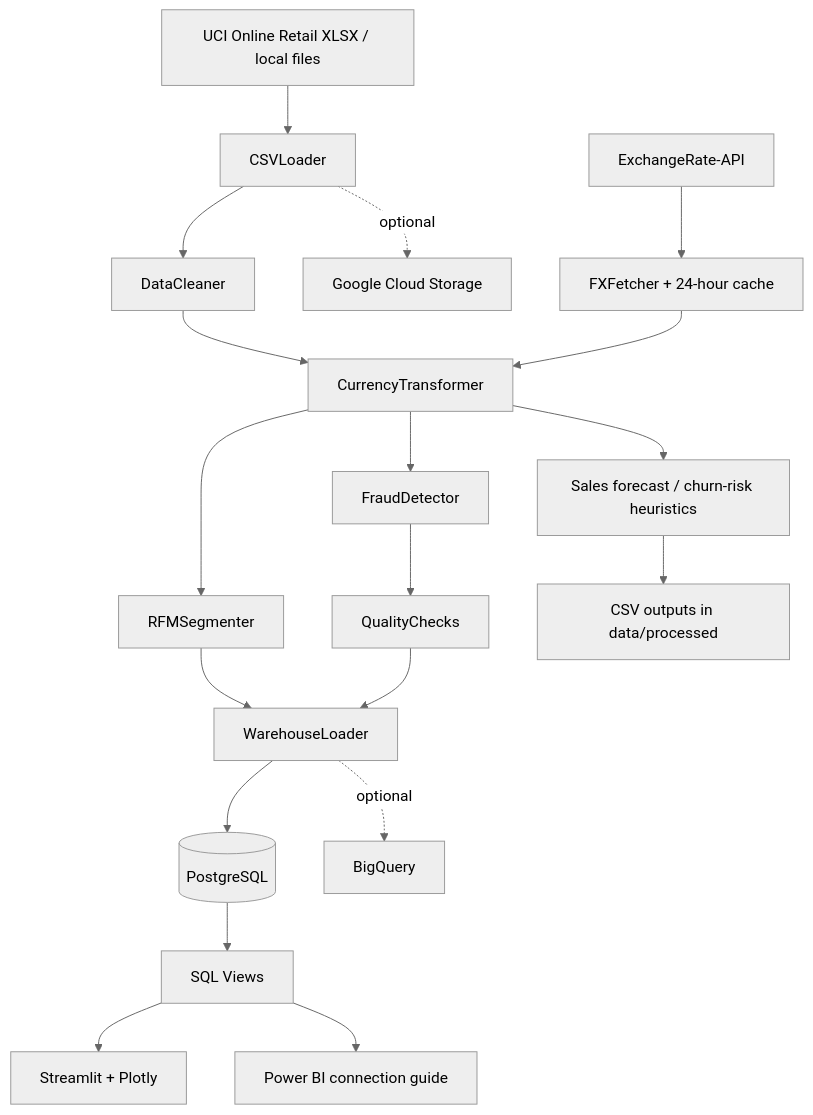
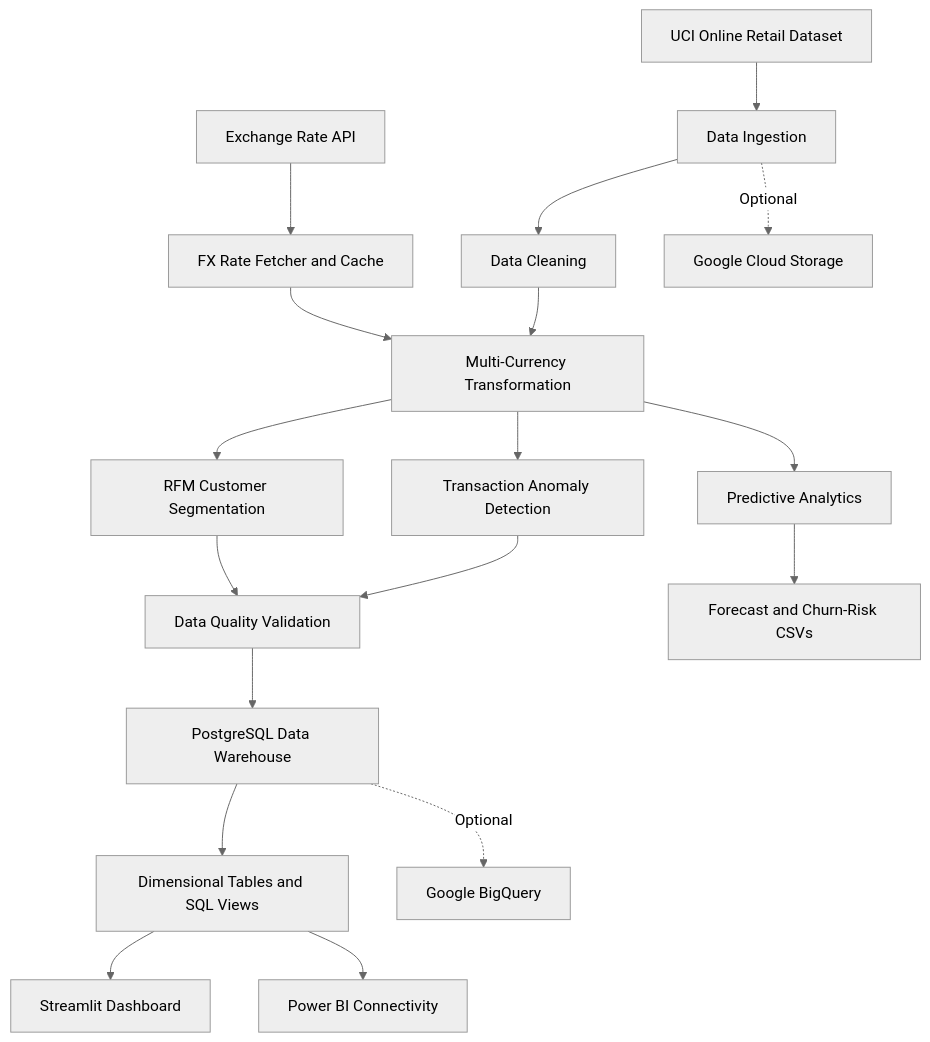
One commit to adamfutur/FinanceETL changed the diagram in README.md. Above: the diagram before and after it, drawn with Mermaid (neutral theme). The commit also changed other lines of this file, not shown here.

````diff
--- a/README.md
+++ b/README.md
@@ -27,21 +55,20 @@
 ```mermaid
 flowchart TD
-    A[UCI Online Retail XLSX / local files] --> B[CSVLoader]
-    C[ExchangeRate-API] --> D[FXFetcher + 24-hour cache]
-    B --> E[DataCleaner]
-    E --> F[CurrencyTransformer]
-    D --> F
-    F --> G[RFMSegmenter]
-    F --> H[FraudDetector]
-    H --> I[QualityChecks]
-    G --> J[WarehouseLoader]
-    I --> J
-    J --> K[(PostgreSQL)]
-    K --> L[SQL Views]
-    L --> M[Streamlit + Plotly]
-    L --> N[Power BI connection guide]
-    F --> O[Sales forecast / churn-risk heuristics]
-    O --> P[CSV outputs in data/processed]
-    B -. optional .-> Q[Google Cloud Storage]
-    J -. optional .-> R[BigQuery]
+    A["UCI Online Retail Dataset"] --> B["Data Ingestion"]
+    C["Exchange Rate API"] --> D["FX Rate Fetcher and Cache"]
+    B --> E["Data Cleaning"]
+    D --> F["Multi-Currency Transformation"]
+    E --> F
+    F --> G["RFM Customer Segmentation"]
+    F --> H["Transaction Anomaly Detection"]
+    G --> I["Data Quality Validation"]
+    H --> I
+    I --> J["PostgreSQL Data Warehouse"]
+    J --> K["Dimensional Tables and SQL Views"]
+    K --> L["Streamlit Dashboard"]
+    K --> M["Power BI Connectivity"]
+    F --> N["Predictive Analytics"]
+    N --> O["Forecast and Churn-Risk CSVs"]
+    B -. Optional .-> P["Google Cloud Storage"]
+    J -. Optional .-> Q["Google BigQuery"]
 ```
````
